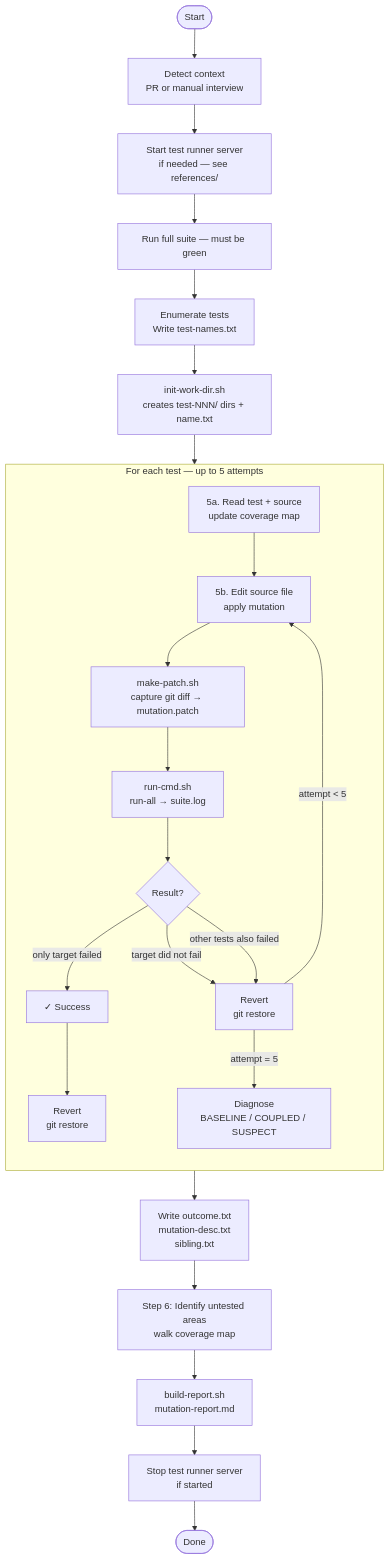
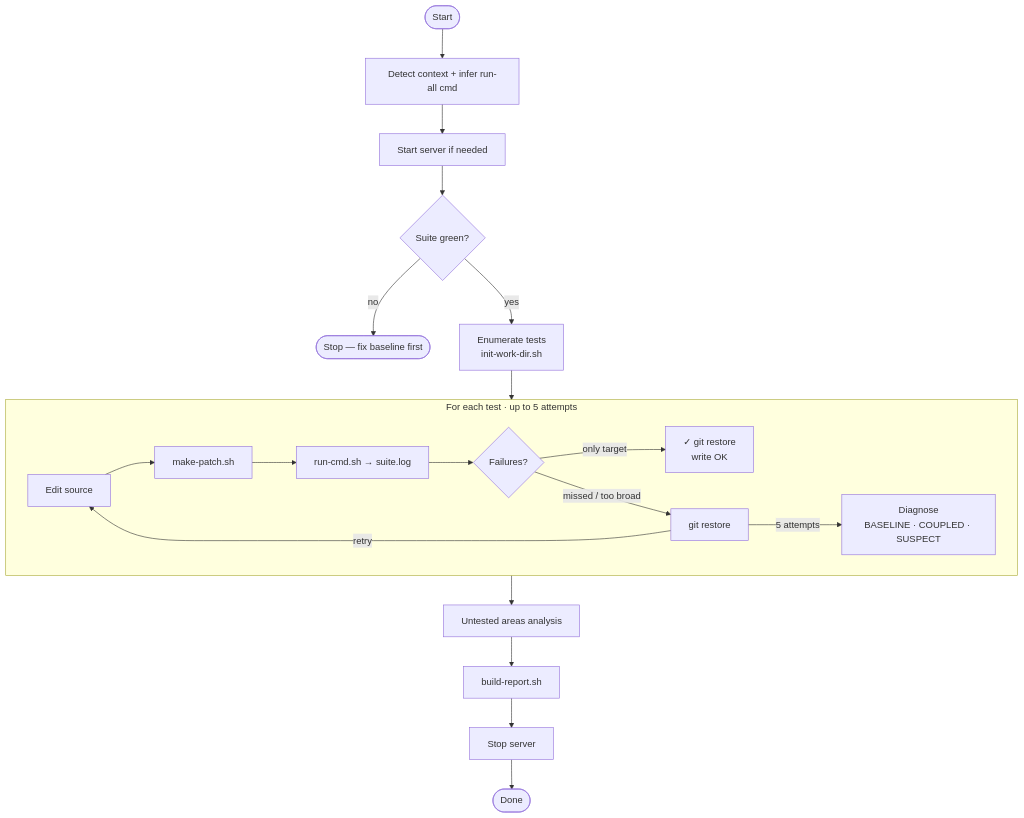
One commit to Khrol/skills changed the diagram in test-meaningfulness/README.md. Above: the diagram before and after it, drawn with Mermaid.

Commit message:
test-meaningfulness: compact mermaid diagram to fit one slide

````diff
--- a/test-meaningfulness/README.md
+++ b/test-meaningfulness/README.md
@@ -7,29 +7,25 @@
 ```mermaid
 flowchart TD
-    A([Start]) --> B[Detect context\nPR or manual interview]
-    B --> C[Start test runner server\nif needed — see references/]
-    C --> D[Run full suite — must be green]
-    D --> E[Enumerate tests\nWrite test-names.txt]
-    E --> F[init-work-dir.sh\ncreates test-NNN/ dirs + name.txt]
-    F --> G
+    A([Start]) --> B[Detect context + infer run-all cmd]
+    B --> C[Start server if needed]
+    C --> D{Suite green?}
+    D -->|no| STOP([Stop — fix baseline first])
+    D -->|yes| E[Enumerate tests\ninit-work-dir.sh]
 
-    subgraph G[For each test — up to 5 attempts]
-        direction TB
-        G1[5a. Read test + source\nupdate coverage map] --> G2
-        G2[5b. Edit source file\napply mutation] --> G3
-        G3[make-patch.sh\ncapture git diff → mutation.patch] --> G4
-        G4[run-cmd.sh\nrun-all → suite.log] --> G5{Result?}
-        G5 -->|only target failed| G6[✓ Success]
-        G5 -->|target did not fail| G7[Revert\ngit restore]
-        G5 -->|other tests also failed| G7
-        G7 -->|attempt < 5| G2
-        G7 -->|attempt = 5| G8[Diagnose\nBASELINE / COUPLED / SUSPECT]
-        G6 --> G9[Revert\ngit restore]
+    E --> F
+
+    subgraph F[For each test · up to 5 attempts]
+        F1[Edit source] --> F2[make-patch.sh]
+        F2 --> F3[run-cmd.sh → suite.log]
+        F3 --> F4{Failures?}
+        F4 -->|only target| F5[✓ git restore\nwrite OK]
+        F4 -->|missed / too broad| F6[git restore]
+        F6 -->|retry| F1
+        F6 -->|5 attempts| F7[Diagnose\nBASELINE · COUPLED · SUSPECT]
     end
 
-    G --> H[Write outcome.txt\nmutation-desc.txt\nsibling.txt]
-    H --> I[Step 6: Identify untested areas\nwalk coverage map]
-    I --> J[build-report.sh\nmutation-report.md]
-    J --> K[Stop test runner server\nif started]
-    K --> L([Done])
+    F --> G[Untested areas analysis]
+    G --> H[build-report.sh]
+    H --> I[Stop server]
+    I --> J([Done])
 ```
````
